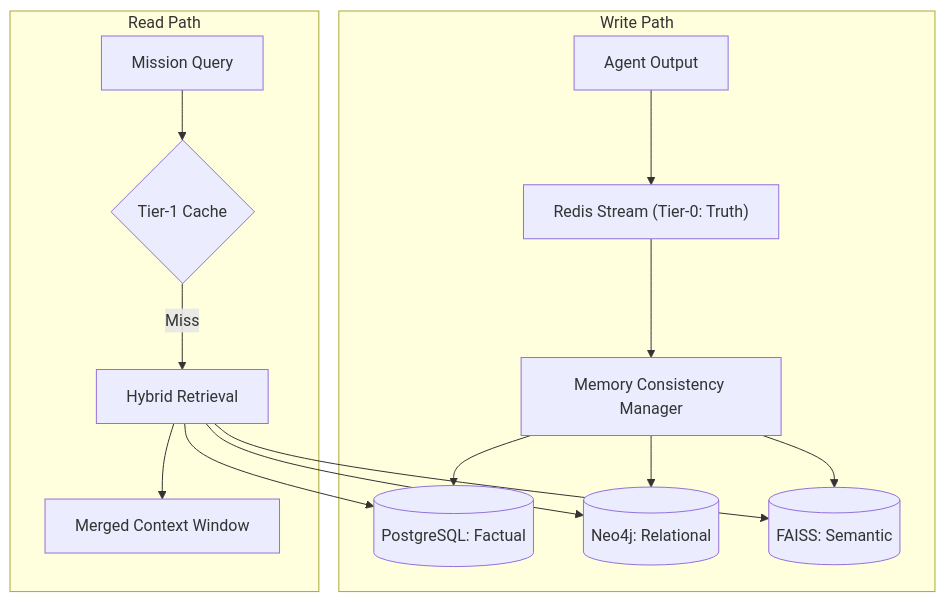
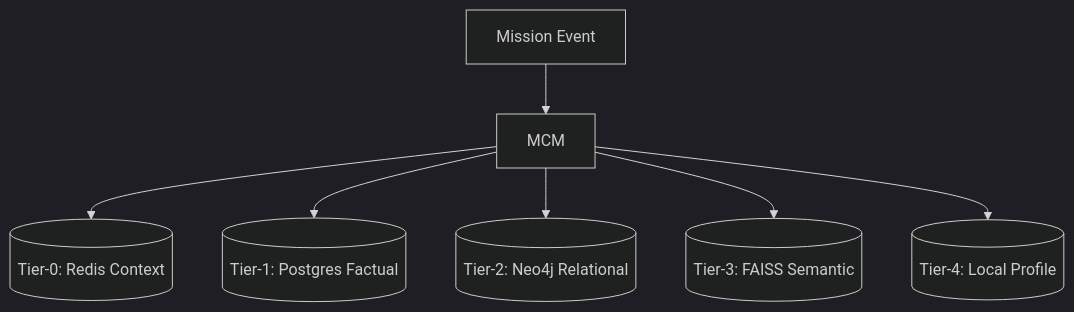
Before and after one commit to Blackdrg/levi-ai-innovate: the sixth of 15 diagrams in README.md, drawn with Mermaid. The commit also changed other lines of this file and 61 other files, not shown here.

````diff
--- a/README.md
+++ b/README.md
@@ -168,18 +361,10 @@
 ```mermaid
+%%{init: {'theme': 'dark', 'themeVariables': { 'primaryColor': '#00ccff'}}}%%
 graph TD
-    subgraph Write Path
-        Agent[Agent Output] --> T0["Redis Stream (Tier-0: Truth)"]
-        T0 --> MCM[Memory Consistency Manager]
-        MCM --> SQL[(PostgreSQL: Factual)]
-        MCM --> Neo[(Neo4j: Relational)]
-        MCM --> Vec[(FAISS: Semantic)]
-    end
-    subgraph Read Path
-        Query[Mission Query] --> Cache{Tier-1 Cache}
-        Cache -- Miss --> Search[Hybrid Retrieval]
-        Search --> SQL
-        Search --> Neo
-        Search --> Vec
-        Search --> Context[Merged Context Window]
-    end
+    Pulse[Mission Event] --> MCM
+    MCM --> T0[(Tier-0: Redis Context)]
+    MCM --> T1[(Tier-1: Postgres Factual)]
+    MCM --> T2[(Tier-2: Neo4j Relational)]
+    MCM --> T3[(Tier-3: FAISS Semantic)]
+    MCM --> T4[(Tier-4: Local Profile)]
 ```
````
